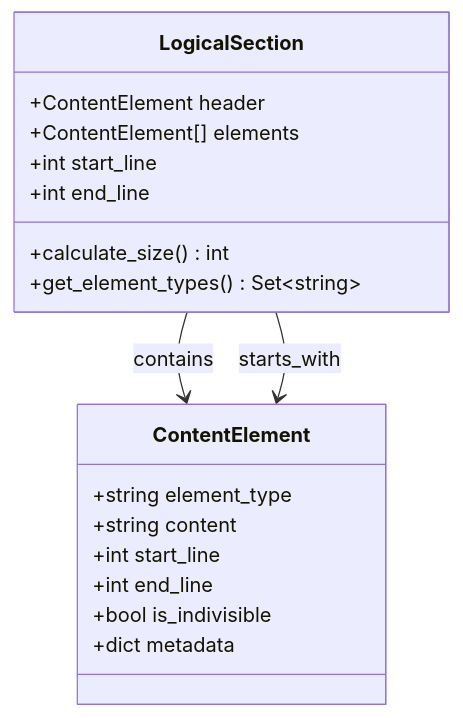
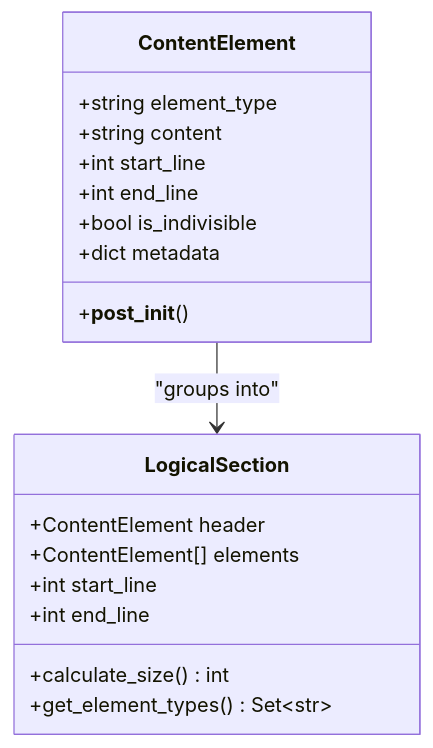
Before and after one commit to asukhodko/dify-markdown-chunker: the fourth of 22 diagrams in .qoder/repowiki/en/content/Chunking Strategies/Mixed Strategy.md, drawn with Mermaid. The commit also changed other lines of this file and 205 other files, not shown here.

````diff
--- a/.qoder/repowiki/en/content/Chunking Strategies/Mixed Strategy.md
+++ b/.qoder/repowiki/en/content/Chunking Strategies/Mixed Strategy.md
@@ -331,21 +163,21 @@
 ```mermaid
 classDiagram
-class LogicalSection {
-+ContentElement header
-+ContentElement[] elements
-+int start_line
-+int end_line
-+calculate_size() int
-+get_element_types() Set~string~
-}
 class ContentElement {
 +string element_type
 +string content
 +int start_line
 +int end_line
 +bool is_indivisible
 +dict metadata
++__post_init__()
 }
-LogicalSection --> ContentElement : contains
-LogicalSection --> ContentElement : starts_with
+class LogicalSection {
++ContentElement header
++ContentElement[] elements
++int start_line
++int end_line
++calculate_size() int
++get_element_types() Set~str~
+}
+ContentElement --> LogicalSection : "groups into"
 ```
````
